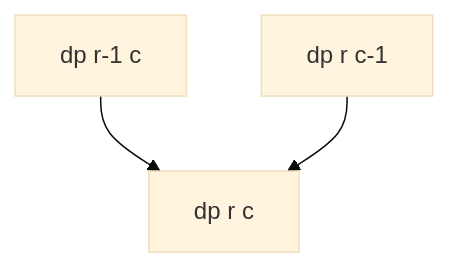
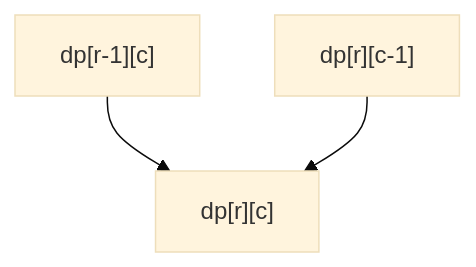
The second of 10 diagrams in 09_dynamic_programming/39_grid_dp.md (davidchen0970/algorithm_note), drawn with Mermaid (base theme) before and after one commit. The commit also changed other lines of this file, not shown here.

````diff
--- a/09_dynamic_programming/39_grid_dp.md
+++ b/09_dynamic_programming/39_grid_dp.md
@@ -32,5 +52,5 @@
 ```mermaid
 flowchart TD
-    U[dp r-1 c] --> C[dp r c]
-    L[dp r c-1] --> C
+    U["dp[r-1][c]"] --> C["dp[r][c]"]
+    L["dp[r][c-1]"] --> C
 ```
````
